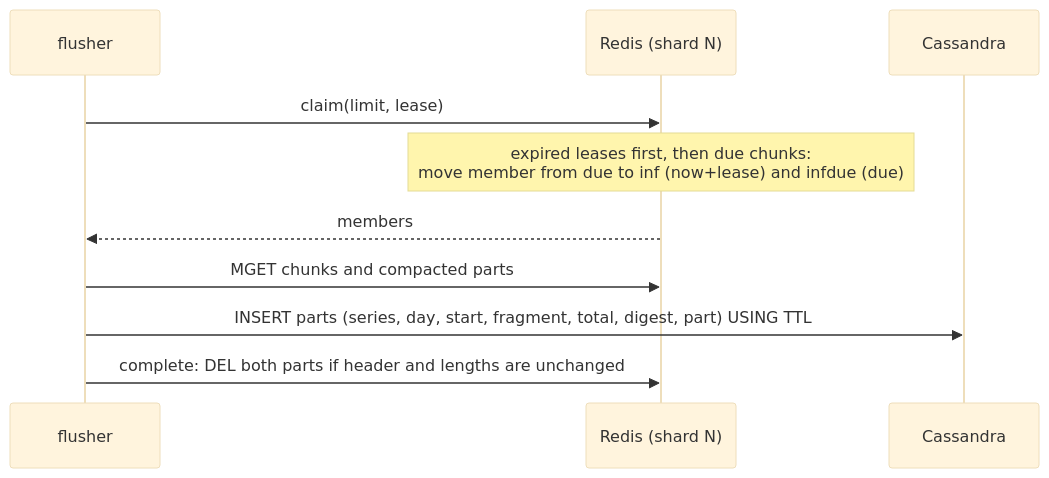
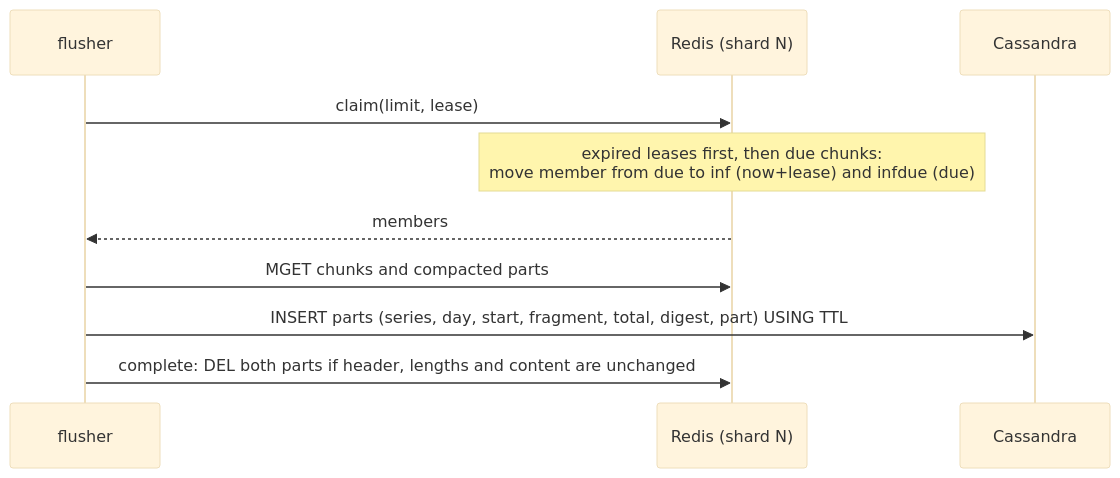
The diagram in docs/architecture.md (yuuki/xtsdb), drawn with Mermaid (base theme) before and after one commit. The commit also changed other lines of this file and 15 other files, not shown here.

````diff
--- a/docs/architecture.md
+++ b/docs/architecture.md
@@ -255,12 +255,12 @@
 ```mermaid
 sequenceDiagram
     participant F as flusher
     participant R as Redis (shard N)
     participant C as Cassandra
     F->>R: claim(limit, lease)
     Note over R: expired leases first, then due chunks:<br/>move member from due to inf (now+lease) and infdue (due)
     R-->>F: members
     F->>R: MGET chunks and compacted parts
     F->>C: INSERT parts (series, day, start, fragment, total, digest, part) USING TTL
-    F->>R: complete: DEL both parts if header and lengths are unchanged
+    F->>R: complete: DEL both parts if header, lengths and content are unchanged
 ```
````
